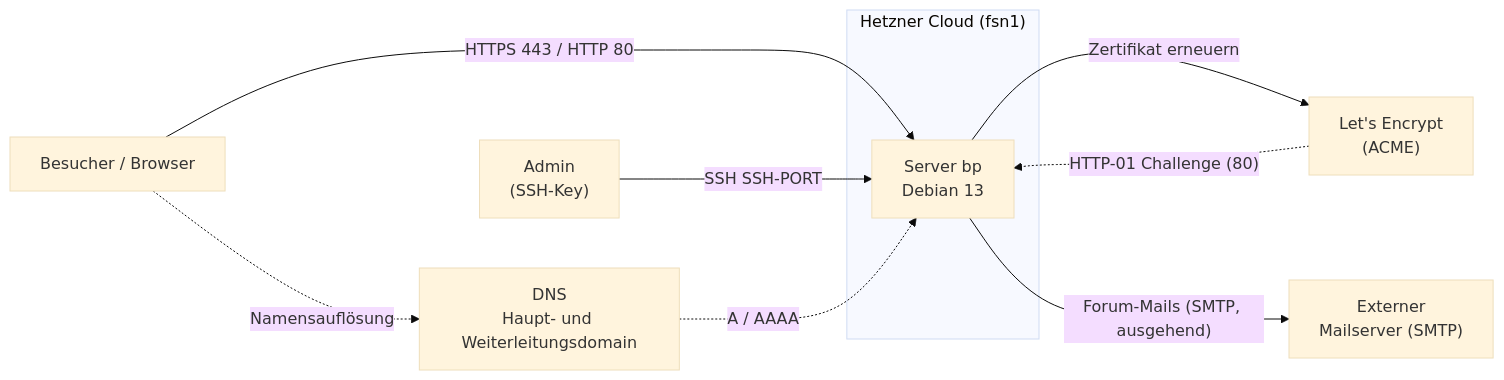
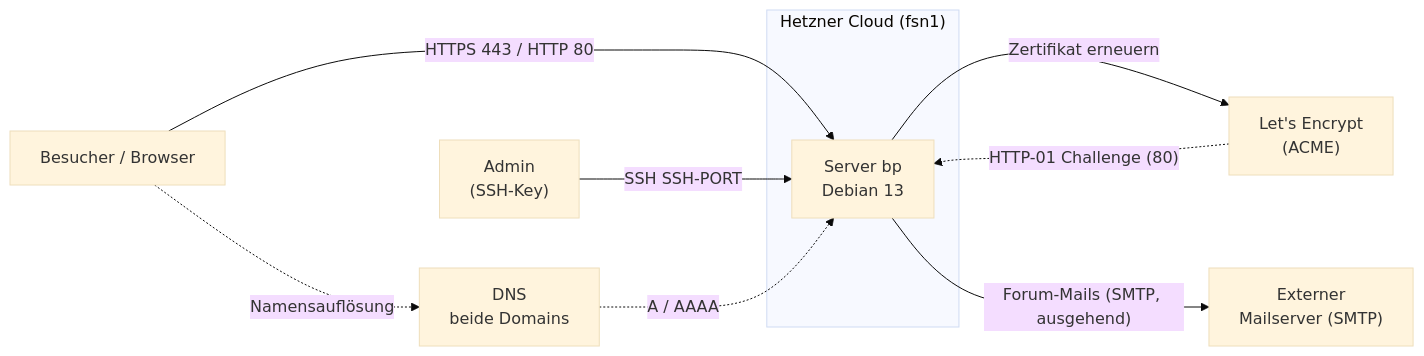
Before and after one commit to AnThi2022/bp-server-doku-public: the first of 6 diagrams in docs/01-architektur.md, drawn with Mermaid (base theme).

Commit message:
DNS-Label im Systemkontext gekürzt

````diff
--- a/docs/01-architektur.md
+++ b/docs/01-architektur.md
@@ -7,20 +7,20 @@
 ```mermaid
 flowchart LR
     U["Besucher / Browser"]
     A["Admin<br/>(SSH-Key)"]
     LE["Let's Encrypt<br/>(ACME)"]
-    DNS["DNS<br/>Haupt- und Weiterleitungsdomain"]
+    DNS["DNS<br/>beide Domains"]
     MAIL["Externer<br/>Mailserver (SMTP)"]
 
     subgraph HZ["Hetzner Cloud (fsn1)"]
         S["Server bp<br/>Debian 13"]
     end
 
     U -- "HTTPS 443 / HTTP 80" --> S
     A -- "SSH SSH-PORT" --> S
     S -- "Zertifikat erneuern" --> LE
     S -- "Forum-Mails (SMTP, ausgehend)" --> MAIL
     LE -. "HTTP-01 Challenge (80)" .-> S
     U -. "Namensauflösung" .-> DNS
     DNS -. "A / AAAA" .-> S
 ```
````
